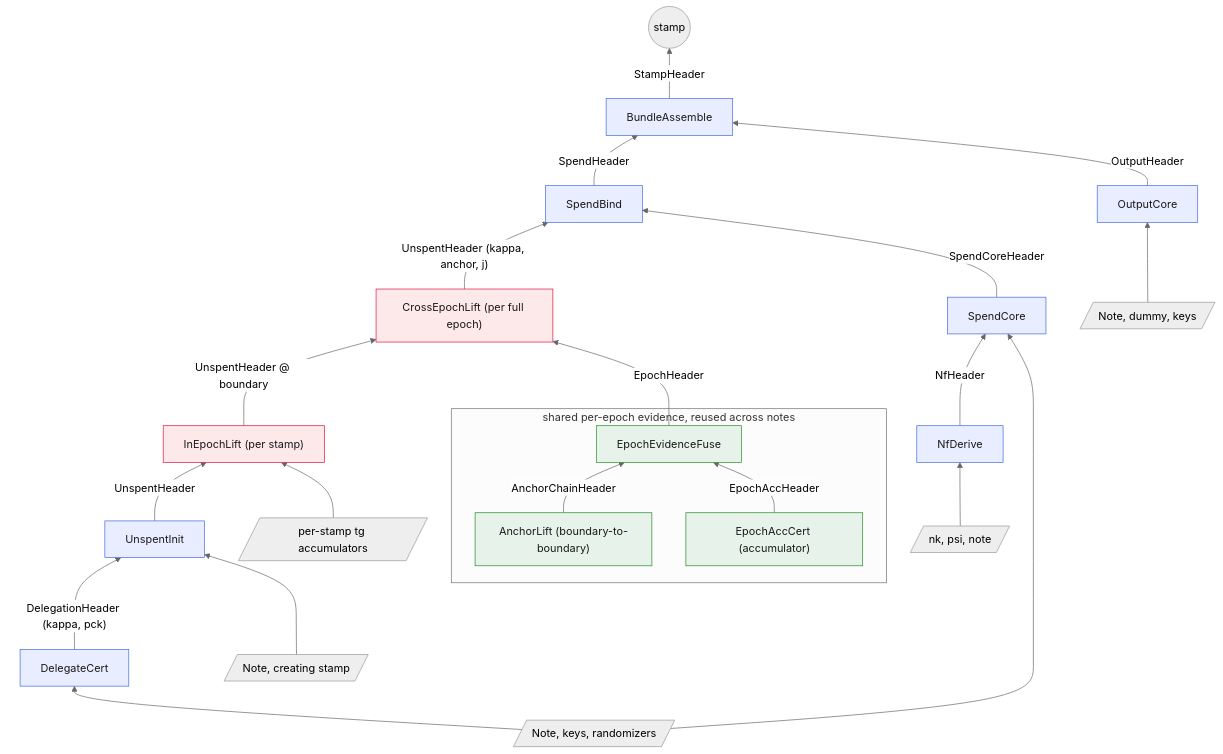
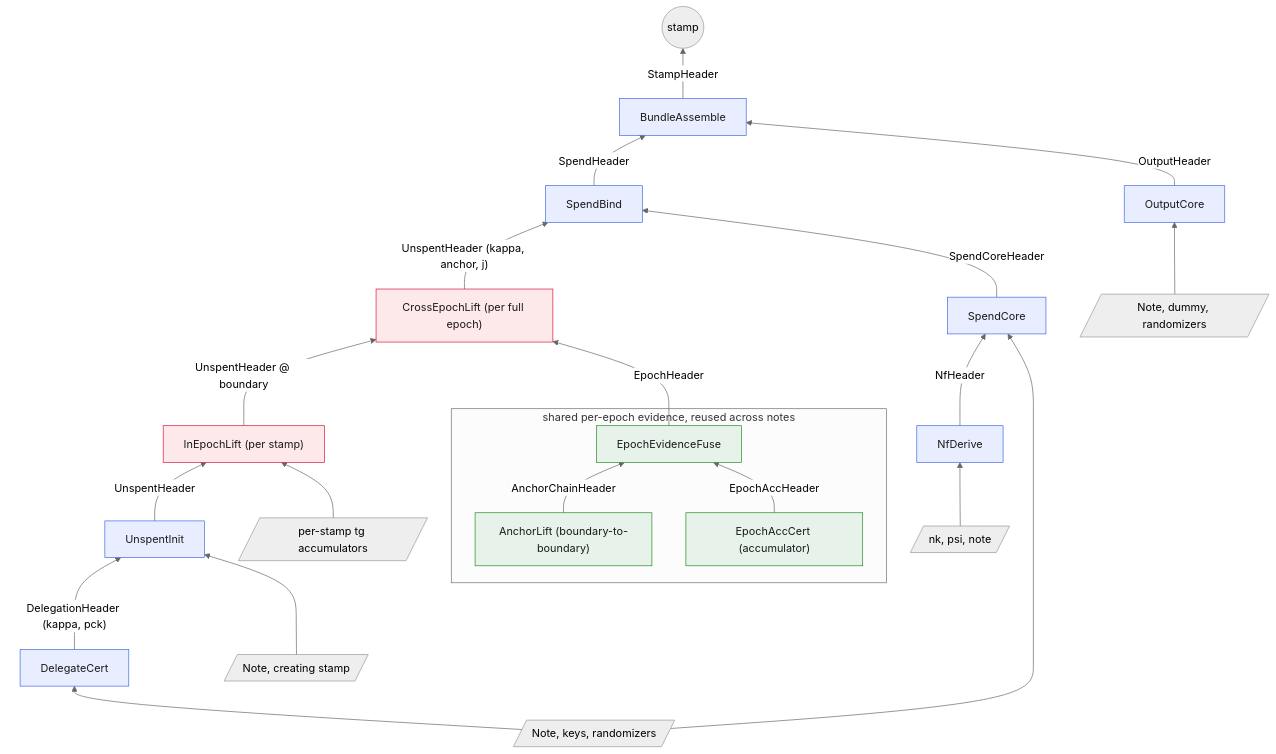
The first of 2 diagrams in book/src/revisit.md (alxiong/tachyon), drawn with Mermaid (neutral theme) before and after one commit. The commit also changed other lines of this file, not shown here.

````diff
--- a/book/src/revisit.md
+++ b/book/src/revisit.md
@@ -1475,51 +1522,51 @@
 ```mermaid
 flowchart BT
   classDef u fill:#e8eeff,stroke:#4169E1,color:#1a1a1a;
   classDef o fill:#fde8ea,stroke:#DC143C,color:#1a1a1a;
   classDef s fill:#e7f3ea,stroke:#228B22,color:#1a1a1a;
 
   subgraph shared [shared per-epoch evidence, reused across notes]
     alift["AnchorLift (boundary-to-boundary)"]:::s
     eacc["EpochAccCert (accumulator)"]:::s
     efuse[EpochEvidenceFuse]:::s
     alift -->|AnchorChainHeader| efuse
     eacc -->|EpochAccHeader| efuse
   end
 
   w_nk[/nk, psi, note/]
   w_note[/Note, keys, randomizers/]
   w_init[/Note, creating stamp/]
   w_stamps[/per-stamp tg accumulators/]
-  w_out[/Note, dummy, keys/]
+  w_out[/Note, dummy, randomizers/]
 
   nfderive[NfDerive]:::u
   score[SpendCore]:::u
   dcert[DelegateCert]:::u
   uinit[UnspentInit]:::u
   inlift["InEpochLift (per stamp)"]:::o
   ulift["CrossEpochLift (per full epoch)"]:::o
   sbind[SpendBind]:::u
   ocore[OutputCore]:::u
   bmerge[BundleAssemble]:::u
   stamp((stamp))
 
   w_nk --> nfderive
   nfderive -->|NfHeader| score
   w_note --> score
 
   w_note --> dcert
   dcert -->|"DelegationHeader (kappa, pck)"| uinit
   w_init --> uinit
 
   uinit -->|UnspentHeader| inlift
   w_stamps --> inlift
   inlift -->|"UnspentHeader @ boundary"| ulift
   efuse -->|EpochHeader| ulift
   ulift -->|"UnspentHeader (kappa, anchor, j)"| sbind
   score -->|SpendCoreHeader| sbind
 
   sbind -->|SpendHeader| bmerge
   w_out --> ocore
   ocore -->|OutputHeader| bmerge
   bmerge -->|StampHeader| stamp
 ```
````
